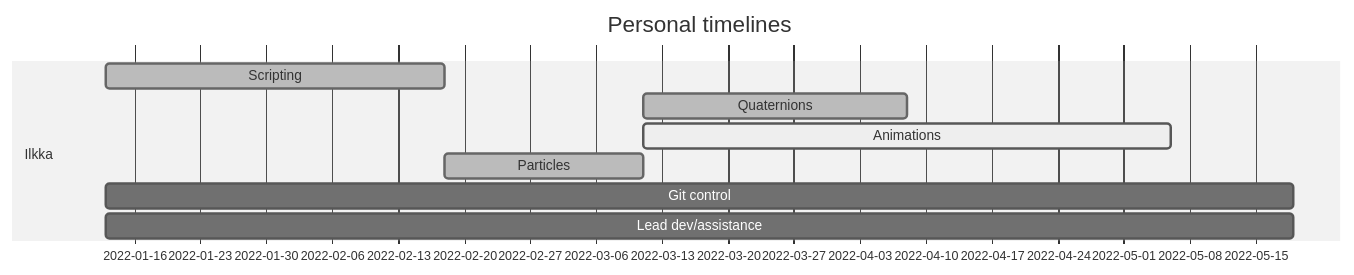
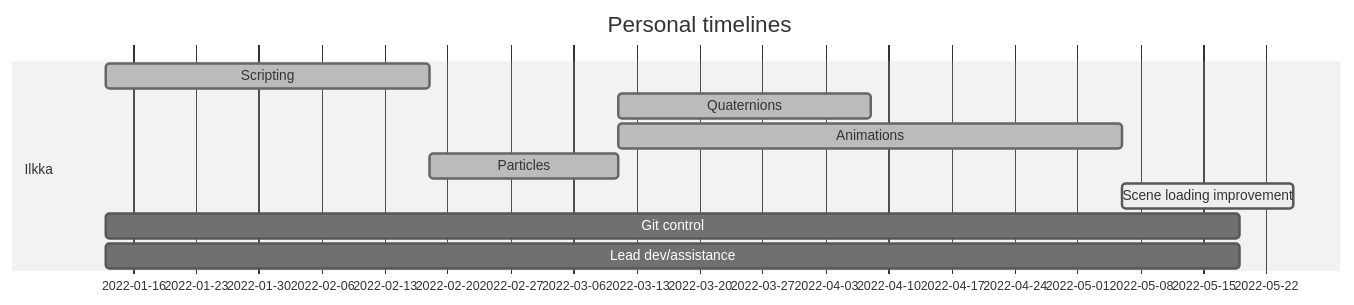
The second of 3 diagrams in docs/ProjectPlan.md (IlkkaTakala/Eril-Engine), drawn with Mermaid (neutral theme) before and after one commit. The commit also changed other lines of this file, not shown here.

````diff
--- a/docs/ProjectPlan.md
+++ b/docs/ProjectPlan.md
@@ -73,13 +73,14 @@
 ```mermaid
 gantt
 dateFormat  DD-MM
 title Personal timelines
 
 section Ilkka
 Scripting               :done,      ides1, 13-01, 18-02
 Quaternions             :done,      ides6, after ides5, 08-04
-Animations              :active,    ides2, after ides5, 8w
+Animations              :done,      ides2, after ides5, 8w
 Particles               :done,      ides5, after ides1, 11-03
+Scene loading improvement:active,   ides7, after ides2, 25-05
 Git control             :           ides3, 13-01, 18w
 Lead dev/assistance     :           ides4, 13-01, 18w
 ```
````
